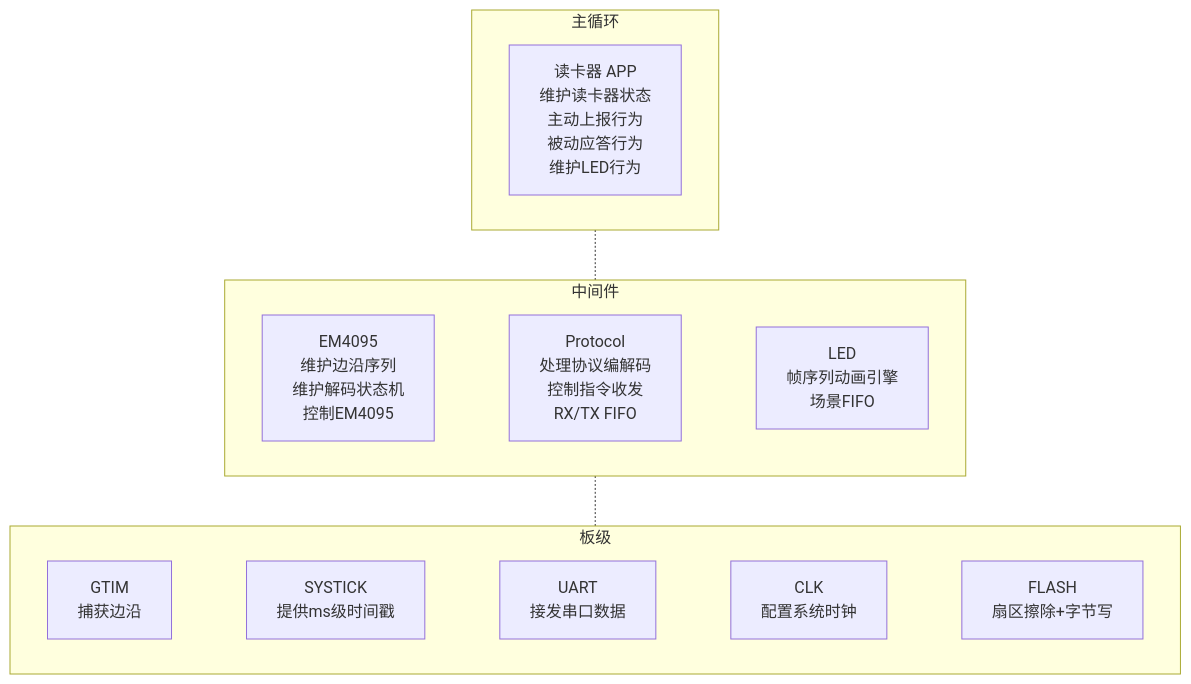
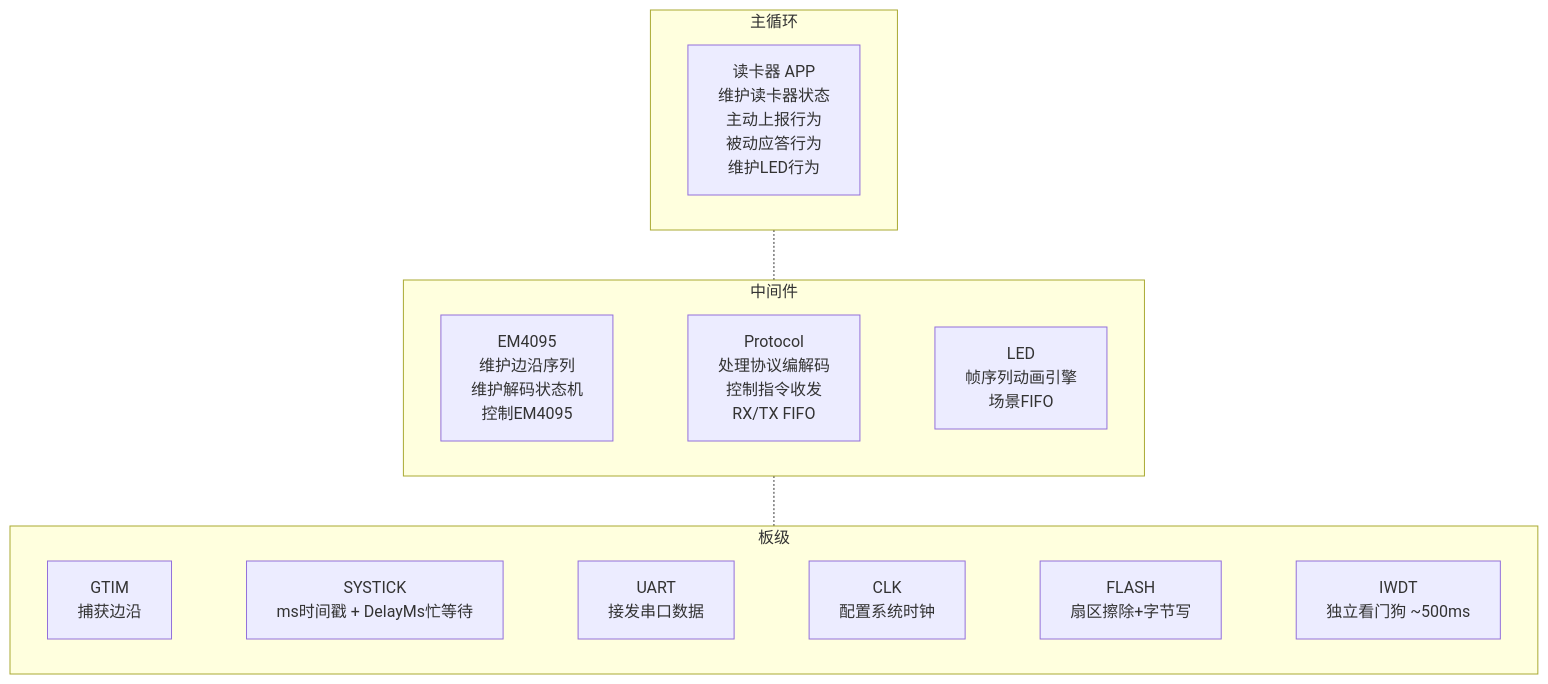
One commit to Siaiai/ObsidianNote changed the sixth of 8 diagrams in 工作/[[SR3读卡器]]/260804SR3框架整理.md. Above: the diagram before and after it, drawn with Mermaid. The commit also changed other lines of this file and 2 other files, not shown here.

````diff
--- a/工作/[[SR3读卡器]]/260804SR3框架整理.md
+++ b/工作/[[SR3读卡器]]/260804SR3框架整理.md
@@ -310,46 +310,49 @@
 ```mermaid
 flowchart TB
     subgraph MAIN["主循环"]
         direction LR
         APP_READER["读卡器 APP
         维护读卡器状态
         主动上报行为
         被动应答行为
         维护LED行为"]
     end
     subgraph MID["中间件"]
         direction LR
         MID_EM4095["EM4095
         维护边沿序列
         维护解码状态机
         控制EM4095"]
         MID_PROTOCOL["Protocol
         处理协议编解码
         控制指令收发
         RX/TX FIFO"]
         MID_LED["LED
         帧序列动画引擎
         场景FIFO"]
         MID_EM4095 ~~~ MID_PROTOCOL
         MID_PROTOCOL ~~~ MID_LED
     end
     subgraph BSP["板级"]
         direction LR
         BSP_GTIM["GTIM
         捕获边沿"]
         BSP_CLK["CLK
         配置系统时钟"]
         BSP_SYSTICK["SYSTICK
-        提供ms级时间戳"]
+        ms时间戳 + DelayMs忙等待"]
         BSP_UART["UART
         接发串口数据"]
         BSP_FLASH["FLASH
         扇区擦除+字节写"]
+        BSP_IWDT["IWDT
+        独立看门狗 ~500ms"]
         BSP_GTIM ~~~ BSP_SYSTICK
         BSP_SYSTICK ~~~ BSP_UART
         BSP_UART ~~~ BSP_CLK
         BSP_CLK ~~~ BSP_FLASH
+        BSP_FLASH ~~~ BSP_IWDT
     end
     MAIN -.- MID
     MID -.- BSP
 ```
````
